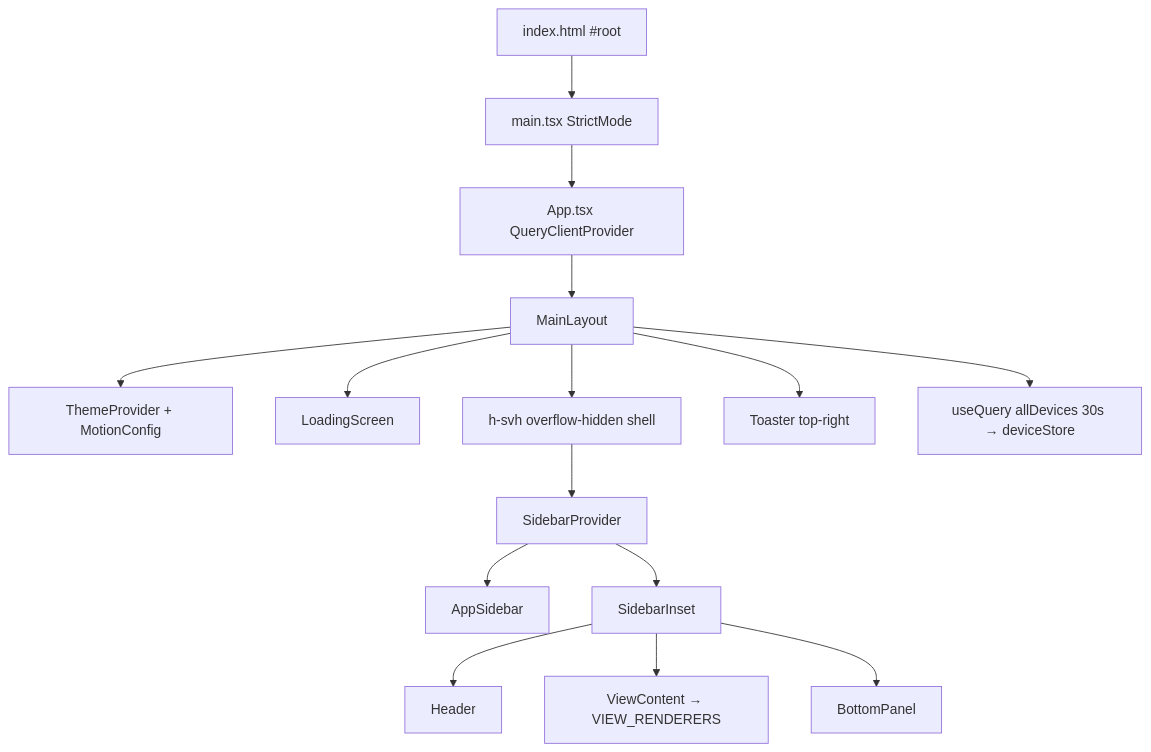
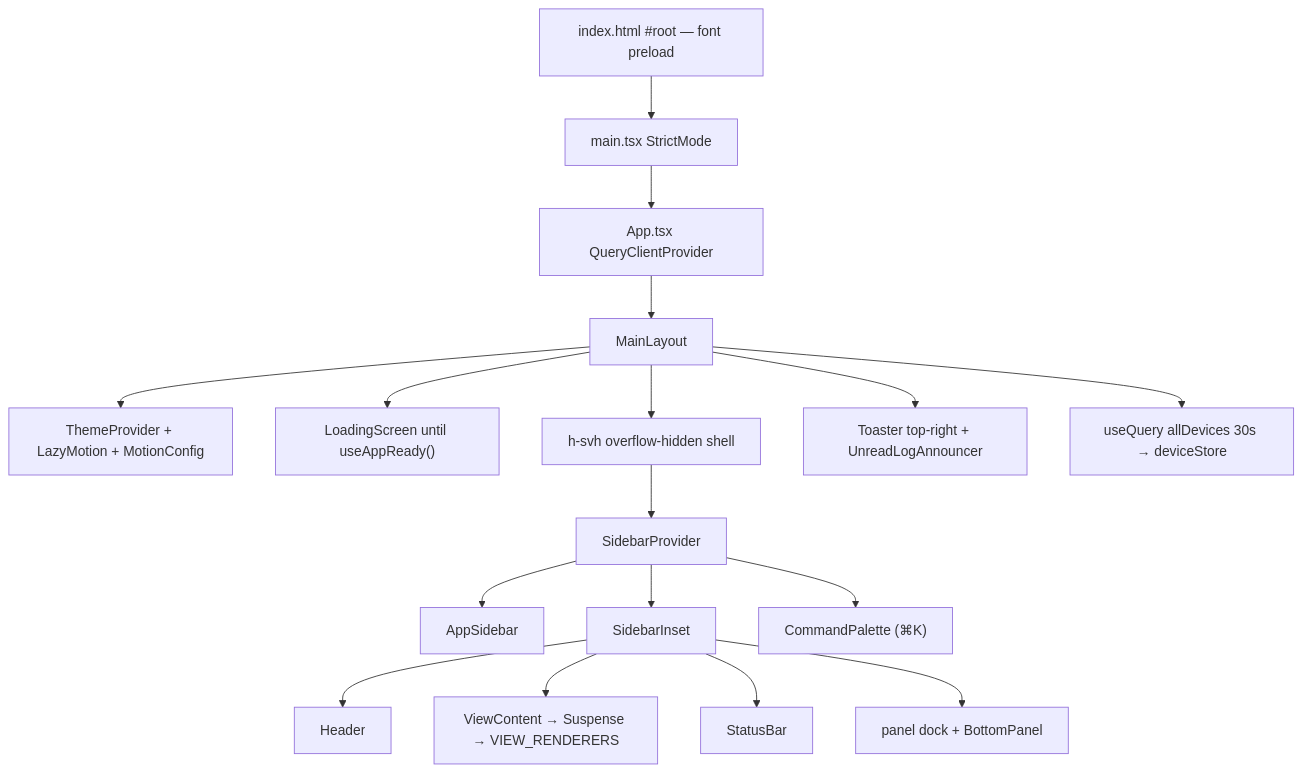
The third of 8 diagrams in docs/architecture.md (mohdakil2426/adb-gui-next), drawn with Mermaid before and after one commit. The commit also changed other lines of this file and 12 other files, not shown here.

First line of the commit message:
docs: record the v2 architecture, adaptivity model and dependency constraints

````diff
--- a/docs/architecture.md
+++ b/docs/architecture.md
@@ -247,17 +257,19 @@
 ```mermaid
 flowchart TD
-  A["index.html #root"] --> B["main.tsx StrictMode"]
+  A["index.html #root — font preload"] --> B["main.tsx StrictMode"]
   B --> C["App.tsx QueryClientProvider"]
   C --> D["MainLayout"]
-  D --> E["ThemeProvider + MotionConfig"]
-  D --> F["LoadingScreen"]
+  D --> E["ThemeProvider + LazyMotion + MotionConfig"]
+  D --> F["LoadingScreen until useAppReady()"]
   D --> G["h-svh overflow-hidden shell"]
   G --> H["SidebarProvider"]
   H --> I["AppSidebar"]
   H --> J["SidebarInset"]
+  H --> P["CommandPalette (⌘K)"]
   J --> K["Header"]
-  J --> L["ViewContent → VIEW_RENDERERS"]
-  J --> M["BottomPanel"]
-  D --> N["Toaster top-right"]
+  J --> L["ViewContent → Suspense → VIEW_RENDERERS"]
+  J --> Q["StatusBar"]
+  J --> M["panel dock + BottomPanel"]
+  D --> N["Toaster top-right + UnreadLogAnnouncer"]
   D --> O["useQuery allDevices 30s → deviceStore"]
 ```
````
